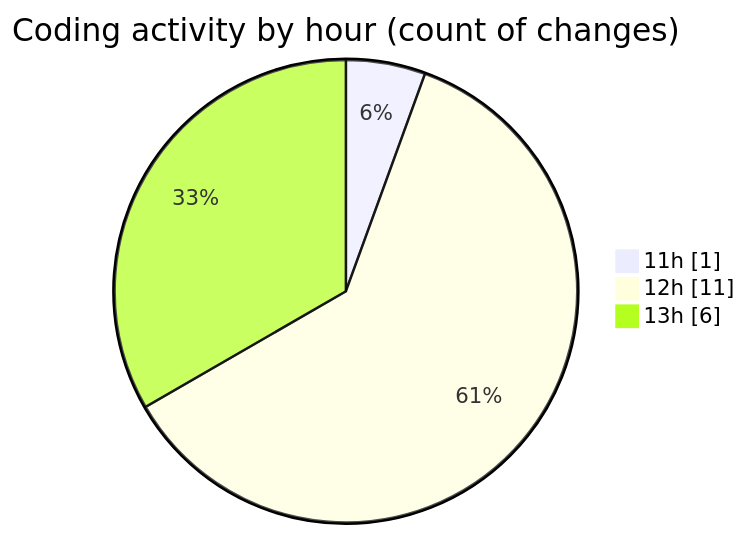
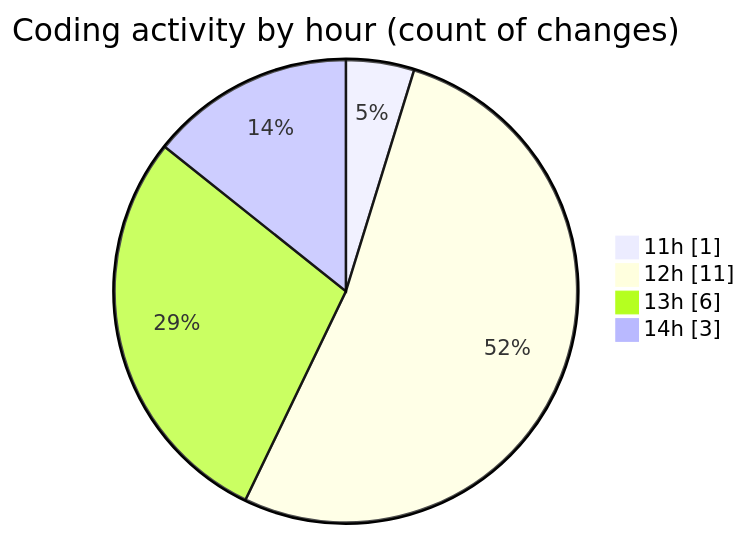
Before and after one commit to momahboobian/code-tracking: the second of 2 diagrams in 2026-03-24/cda/README.md, drawn with Mermaid. The commit also changed other lines of this file and 1 other file, not shown here.

````diff
--- a/2026-03-24/cda/README.md
+++ b/2026-03-24/cda/README.md
@@ -32,7 +33,8 @@
 ```mermaid
 pie showData
 title Coding activity by hour (count of changes)
 "11h" : 1
 "12h" : 11
 "13h" : 6
+"14h" : 3
 ```
````
